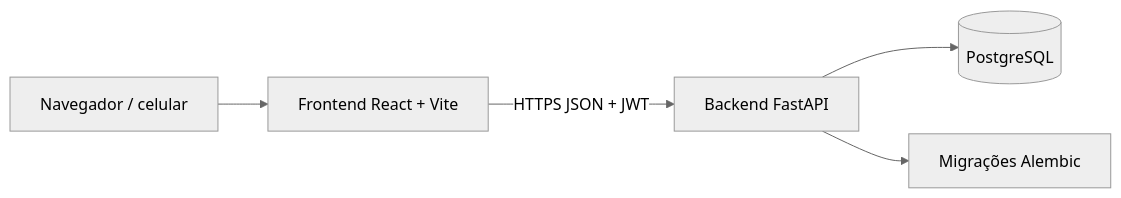
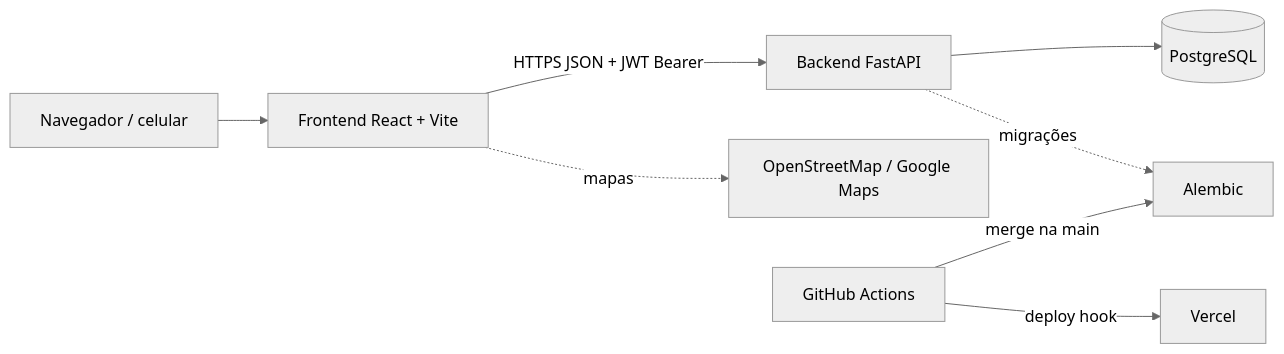
One commit to Residuum-Organization/residuum-documentacao changed the first of 2 diagrams in docs/02-arquitetura/sad.md. Above: the diagram before and after it, drawn with Mermaid (neutral theme). The commit also changed other lines of this file and 16 other files, not shown here.

First line of the commit message:
docs(arquitetura): parte 2 - ER real, dicionário de dados, SAD, estados e ADRs

````diff
--- a/docs/02-arquitetura/sad.md
+++ b/docs/02-arquitetura/sad.md
@@ -13,7 +13,10 @@
 ```mermaid
 flowchart LR
   U[Navegador / celular] --> F[Frontend React + Vite]
-  F -->|HTTPS JSON + JWT| B[Backend FastAPI]
+  F -->|HTTPS JSON + JWT Bearer| B[Backend FastAPI]
   B --> D[(PostgreSQL)]
-  B --> M[Migrações Alembic]
+  F -.mapas.-> M[OpenStreetMap / Google Maps]
+  B -.migrações.-> A[Alembic]
+  G[GitHub Actions] -->|merge na main| A
+  G -->|deploy hook| V[Vercel]
 ```
````
